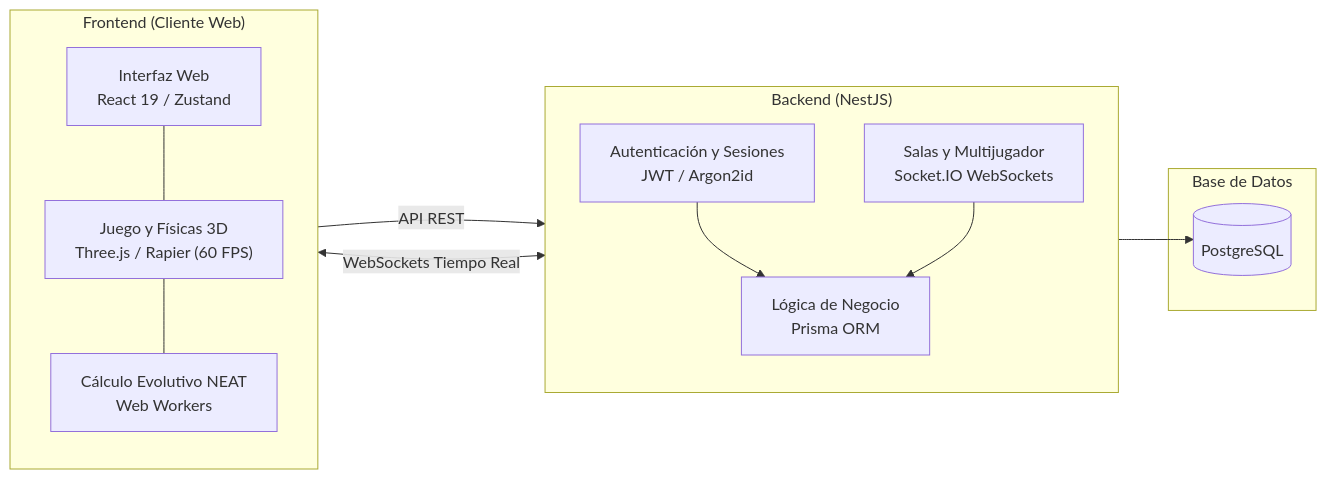
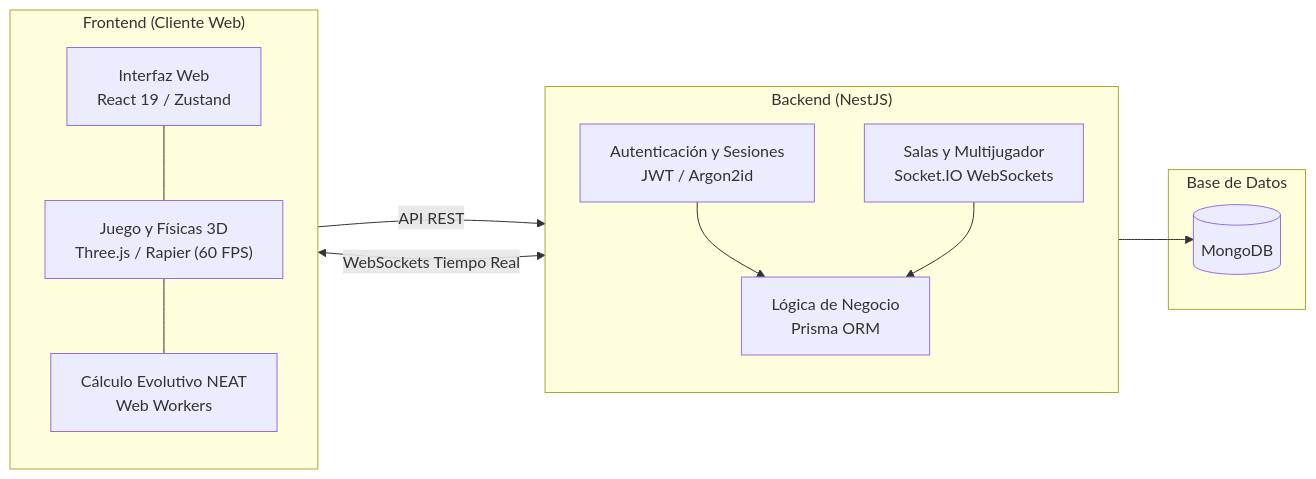
One commit to synapse-racing/.github changed the diagram in README.md. Above: the diagram before and after it, drawn with Mermaid. The commit also changed other lines of this file, not shown here.

````diff
--- a/README.md
+++ b/README.md
@@ -78,28 +78,28 @@
 ```mermaid
 flowchart LR
     subgraph Frontend["Frontend (Cliente Web)"]
         direction TB
         UI["Interfaz Web<br/>React 19 / Zustand"]
         Game["Juego y Físicas 3D<br/>Three.js / Rapier (60 FPS)"]
         NEAT["Cálculo Evolutivo NEAT<br/>Web Workers"]
         UI --- Game
         Game --- NEAT
     end
 
     subgraph Backend["Backend (NestJS)"]
         direction TB
         Auth["Autenticación y Sesiones<br/>JWT / Argon2id"]
         Multiplayer["Salas y Multijugador<br/>Socket.IO WebSockets"]
         Persistence["Lógica de Negocio<br/>Prisma ORM"]
     end
 
     subgraph Database["Base de Datos"]
-        DB[("PostgreSQL")]
+        DB[("MongoDB")]
     end
 
     UI -->|API REST| Auth
     Game <-->|WebSockets Tiempo Real| Multiplayer
     Auth --> Persistence
     Multiplayer --> Persistence
     Persistence --> DB
 ```
````
